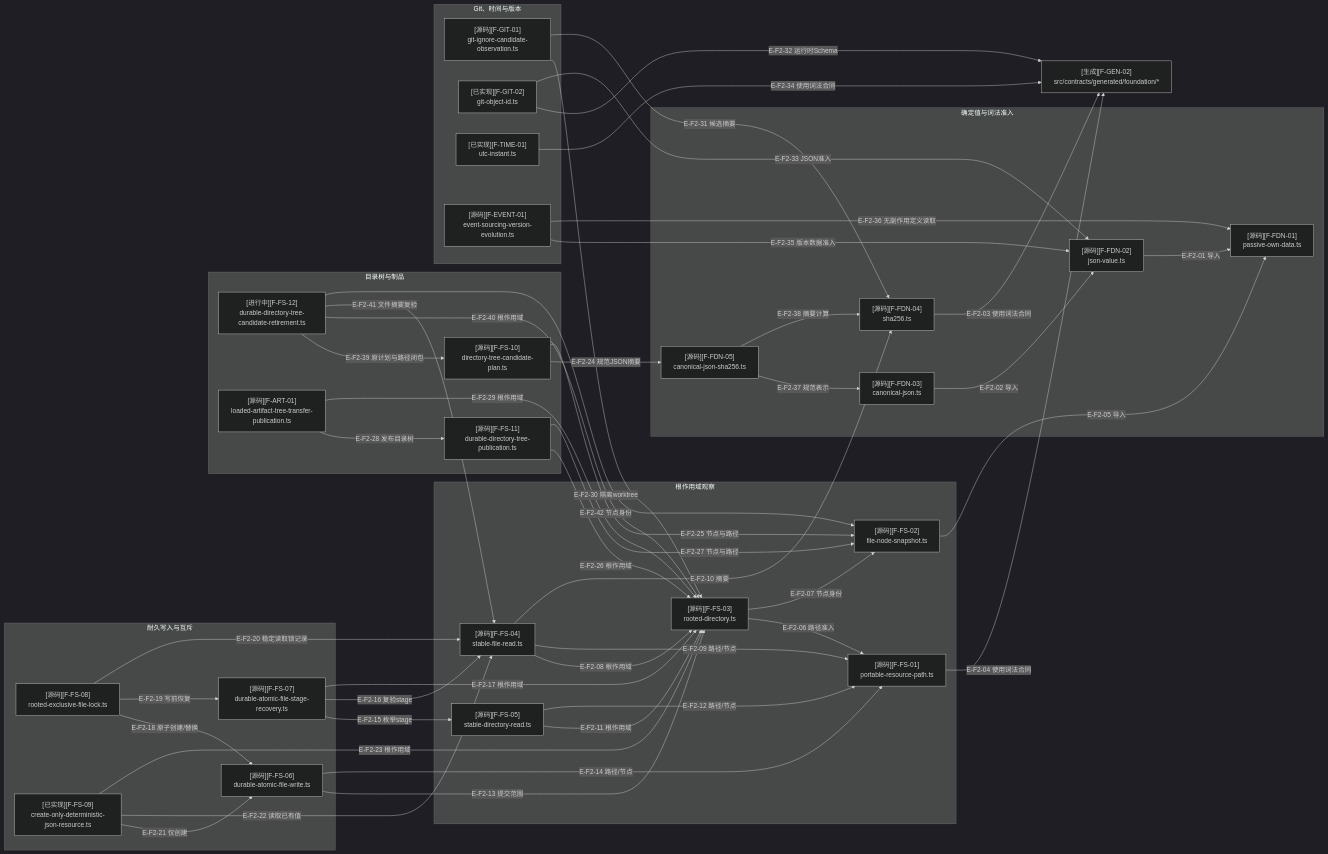
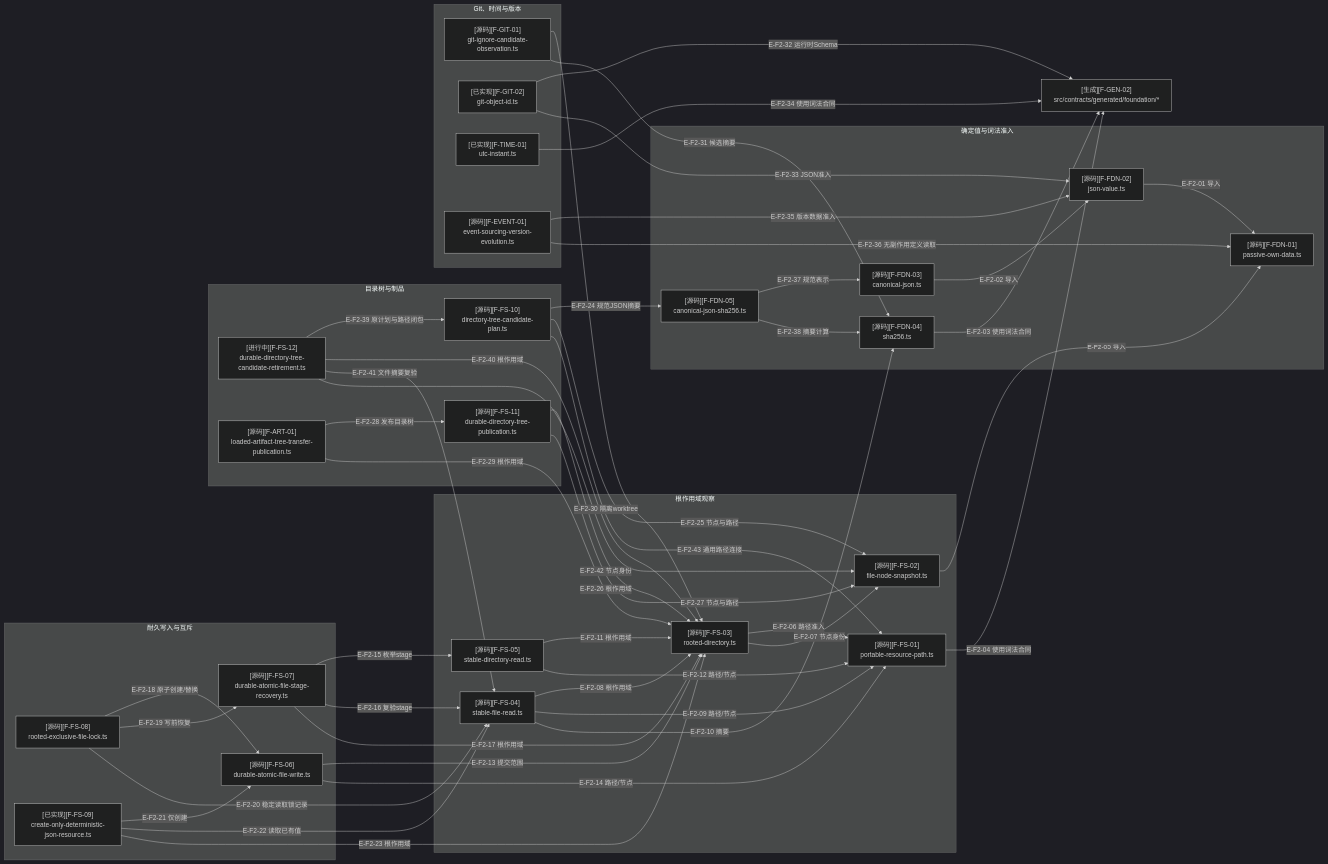
Before and after one commit to GxFn/Wakeflow: the diagram in wakeflow-architecture-atlas/maps/02-foundation/file-dependencies.md, drawn with Mermaid (dark theme). The commit also changed other lines of this file and 26 other files, not shown here.

Commit message:
docs: synchronize Wakeflow architecture atlas

```diff
--- a/wakeflow-architecture-atlas/maps/02-foundation/file-dependencies.md
+++ b/wakeflow-architecture-atlas/maps/02-foundation/file-dependencies.md
@@ -104,6 +104,7 @@
 
   TREE_PLAN -->|"E-F2-24 规范JSON摘要"| CANONICAL_SHA
   TREE_PLAN -->|"E-F2-25 节点与路径"| SNAPSHOT
+  TREE_PLAN -->|"E-F2-43 通用路径连接"| PATH
   TREE_PUB -->|"E-F2-26 根作用域"| ROOT
   TREE_PUB -->|"E-F2-27 节点与路径"| SNAPSHOT
   ARTIFACT_PUB -->|"E-F2-28 发布目录树"| TREE_PUB
```
